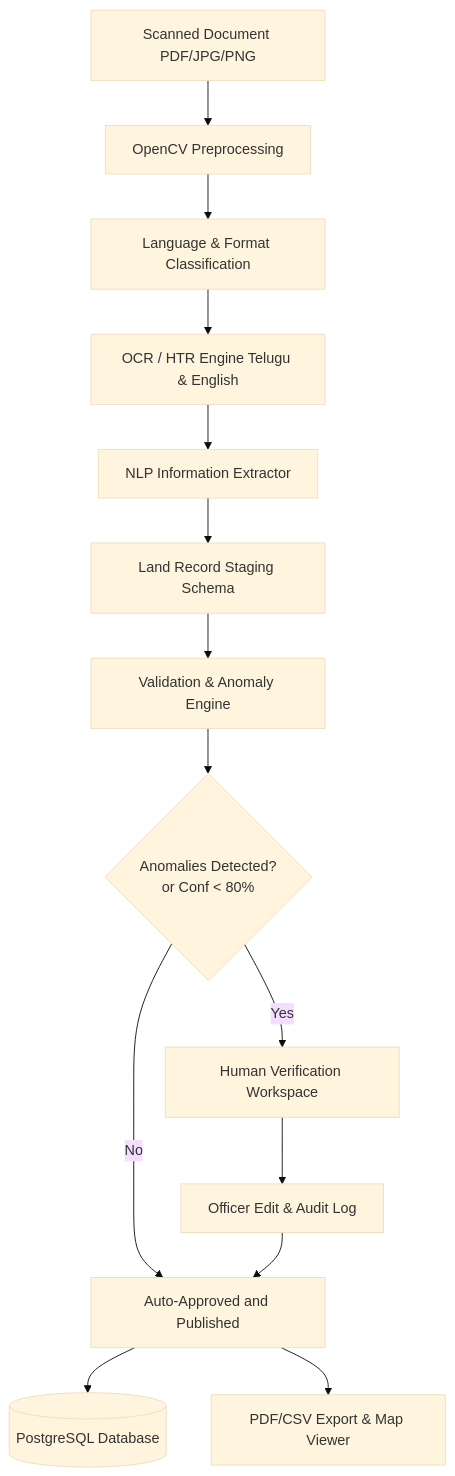
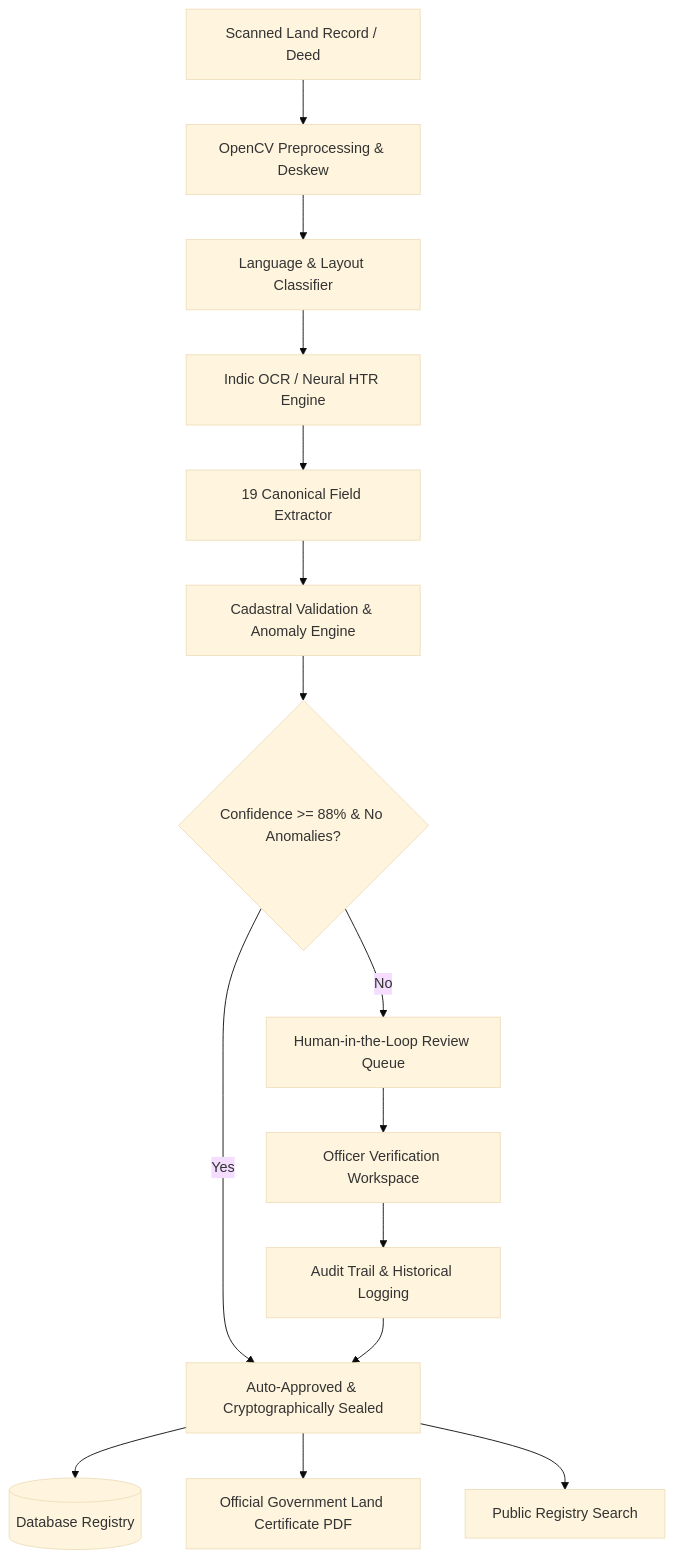
The diagram in README.md (nikhilappari/SIH26018-Land-Digitization), drawn with Mermaid (base theme) before and after one commit. The commit also changed other lines of this file, not shown here.

Commit message:
docs: update README.md with live deployment links, architecture, credentials, and team info

````diff
--- a/README.md
+++ b/README.md
@@ -9,16 +52,17 @@
 ```mermaid
-graph TD
-    A[Scanned Document PDF/JPG/PNG] --> B[OpenCV Preprocessing]
-    B --> C[Language & Format Classification]
-    C --> D[OCR / HTR Engine Telugu & English]
-    D --> E[NLP Information Extractor]
-    E --> F[Land Record Staging Schema]
-    F --> G[Validation & Anomaly Engine]
-    G --> H{Anomalies Detected? <br/> or Conf < 80%}
-    H -- Yes --> I[Human Verification Workspace]
-    H -- No --> J[Auto-Approved and Published]
-    I --> K[Officer Edit & Audit Log]
-    K --> J
-    J --> L[(PostgreSQL Database)]
-    J --> M[PDF/CSV Export & Map Viewer]
+flowchart TD
+    A[Scanned Land Record / Deed] --> B[OpenCV Preprocessing & Deskew]
+    B --> C[Language & Layout Classifier]
+    C --> D[Indic OCR / Neural HTR Engine]
+    D --> E[19 Canonical Field Extractor]
+    E --> F[Cadastral Validation & Anomaly Engine]
+    F --> G{Confidence >= 88% & No Anomalies?}
+    G -- Yes --> H[Auto-Approved & Cryptographically Sealed]
+    G -- No --> I[Human-in-the-Loop Review Queue]
+    I --> J[Officer Verification Workspace]
+    J --> K[Audit Trail & Historical Logging]
+    K --> H
+    H --> L[(Database Registry)]
+    H --> M[Official Government Land Certificate PDF]
+    H --> N[Public Registry Search]
 ```
````
